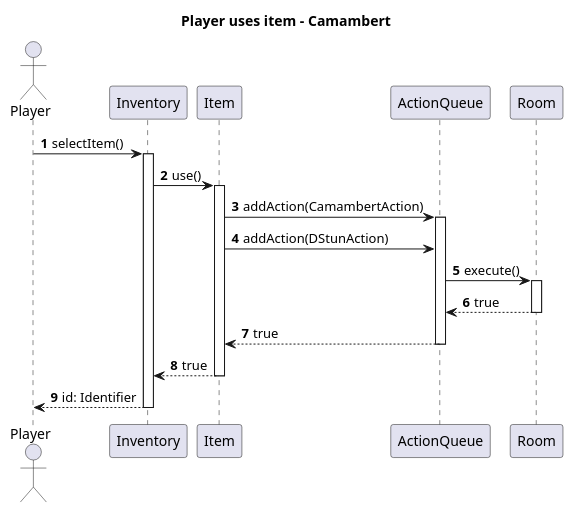
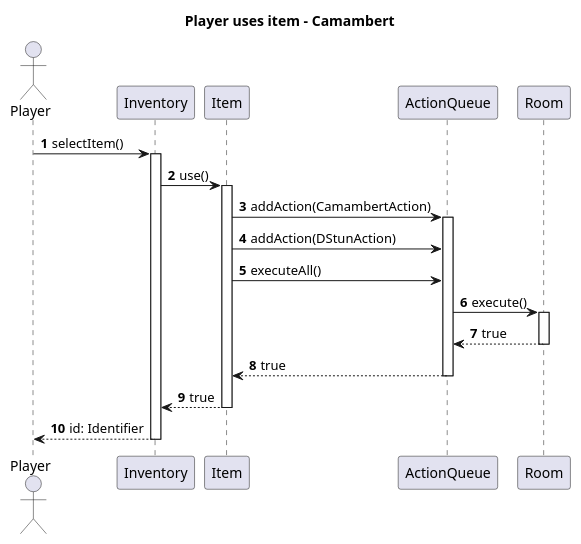
One commit to MysticMazeEducators/.github changed the diagram in resources/sequence_diagrams/item/itemUse/itemUse_camambert.puml. Above: the diagram before and after it, drawn with PlantUML. The commit also changed 4 other files, not shown here.

Commit message:
Changes on item usage sequence diagrams

```diff
--- a/resources/sequence_diagrams/item/itemUse/itemUse_camambert.puml
+++ b/resources/sequence_diagrams/item/itemUse/itemUse_camambert.puml
@@ -1,32 +1,33 @@
 @startuml
 'https://plantuml.com/sequence-diagram
 
 title Player uses item - Camambert
 autonumber
 
 Actor Player as p
 participant Inventory as inv
 participant Item as item
 participant ActionQueue as aq
 participant Room
 
 p -> inv: selectItem()
 activate inv
 
 inv -> item: use()
 activate item
 
 item -> aq: addAction(CamambertAction)
 activate aq
 item -> aq: addAction(DStunAction)
+item -> aq: executeAll()
 
 aq -> Room: execute()
 activate Room
 
 return true
 return true
 return true
 return id: Identifier
 
 
 @enduml
```
